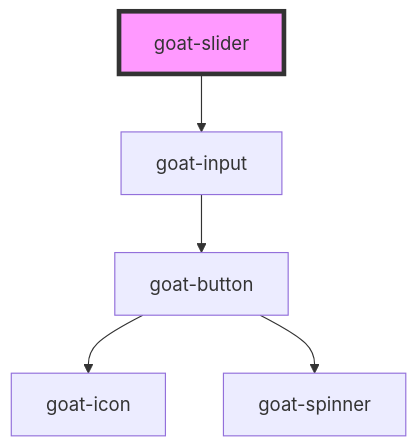
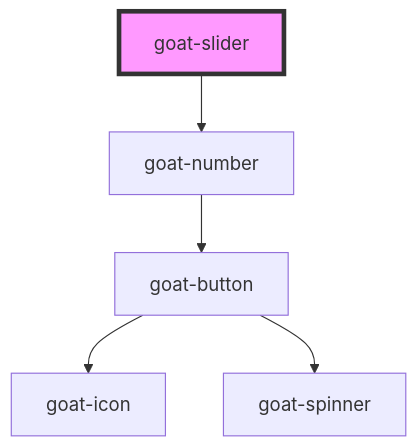
The diagram in src/components/data-entry/slider/readme.md (goatui/components), drawn with Mermaid before and after one commit. The commit also changed other lines of this file and 73 other files, not shown here.

````diff
--- a/src/components/data-entry/slider/readme.md
+++ b/src/components/data-entry/slider/readme.md
@@ -73,8 +73,8 @@
 ```mermaid
 graph TD;
-  goat-slider --> goat-input
-  goat-input --> goat-button
+  goat-slider --> goat-number
+  goat-number --> goat-button
   goat-button --> goat-icon
   goat-button --> goat-spinner
   style goat-slider fill:#f9f,stroke:#333,stroke-width:4px
 ```
````
